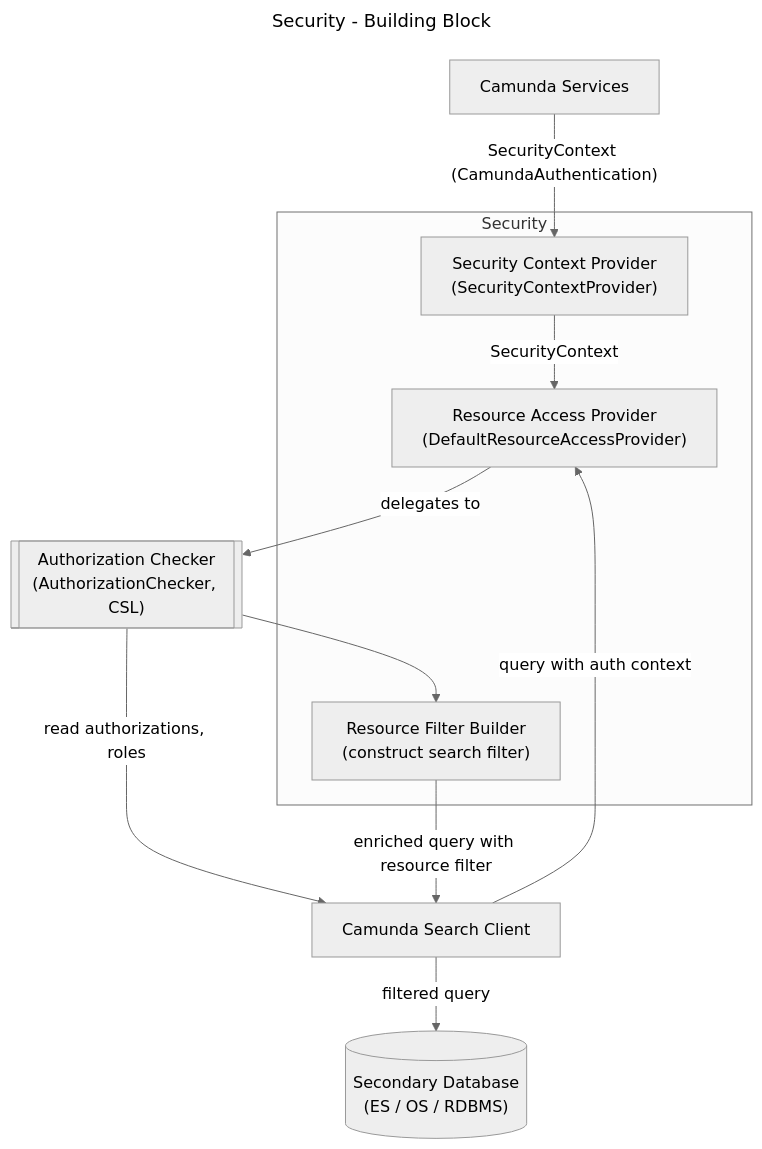
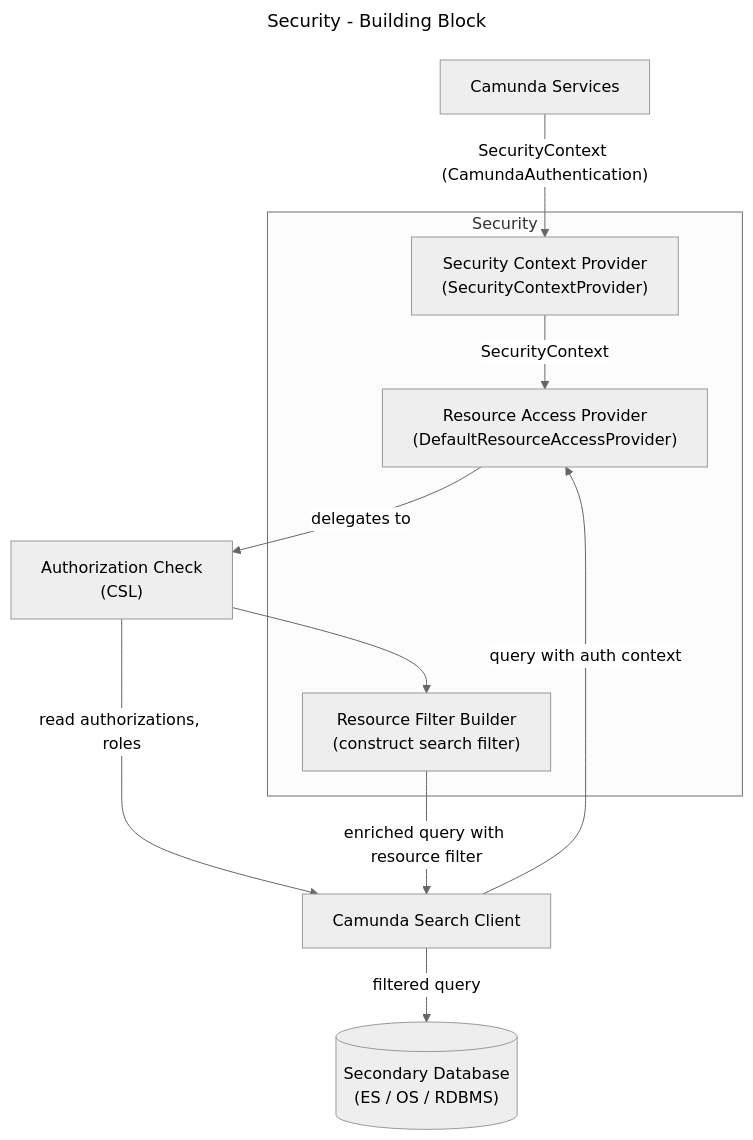
One commit to camunda/camunda changed the sixth of 17 diagrams in identity/docs/architecture.md. Above: the diagram before and after it, drawn with Mermaid (neutral theme). The commit also changed other lines of this file and 3 other files, not shown here.

````diff
--- a/identity/docs/architecture.md
+++ b/identity/docs/architecture.md
@@ -406,25 +412,25 @@
 ```mermaid
 ---
 title: Security - Building Block
 ---
 flowchart TB
   subgraph SECURITY["Security"]
     SC_PROVIDER["Security Context Provider</br>(SecurityContextProvider)"]
     AUTHZ_CHECKER["Resource Access Provider</br>(DefaultResourceAccessProvider)"]
     RESOURCE_FILTER["Resource Filter Builder</br>(construct search filter)"]
   end
 
-  CSL_CHECKER[["Authorization Checker</br>(AuthorizationChecker, CSL)"]]
+  CSL_CHECKER["Authorization Check</br>(CSL)"]
   CAMUNDA_SERVICES["Camunda Services"]
   CAMUNDA_SEARCH_CLIENT["Camunda Search Client"]
   SECONDARY_DB[("Secondary Database</br>(ES / OS / RDBMS)")]
 
   CAMUNDA_SERVICES -->|"SecurityContext (CamundaAuthentication)"| SC_PROVIDER
   SC_PROVIDER -->|"SecurityContext"| AUTHZ_CHECKER
   CAMUNDA_SEARCH_CLIENT -->|"query with auth context"| AUTHZ_CHECKER
   AUTHZ_CHECKER -->|"delegates to"| CSL_CHECKER
   CSL_CHECKER -->|"read authorizations, roles"| CAMUNDA_SEARCH_CLIENT
   CSL_CHECKER --> RESOURCE_FILTER
   RESOURCE_FILTER -->|"enriched query with resource filter"| CAMUNDA_SEARCH_CLIENT
   CAMUNDA_SEARCH_CLIENT -->|"filtered query"| SECONDARY_DB
 ```
````
